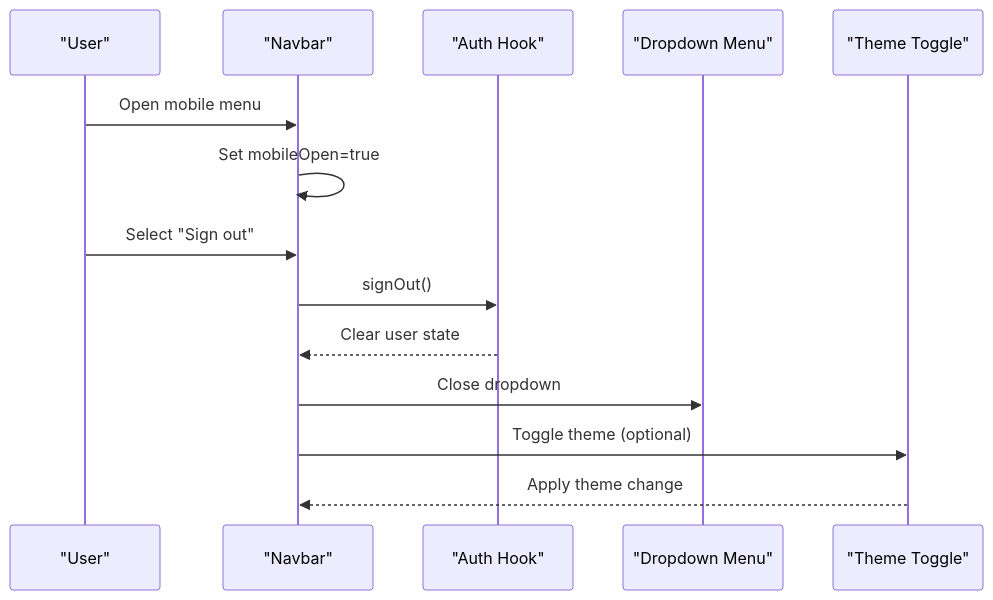
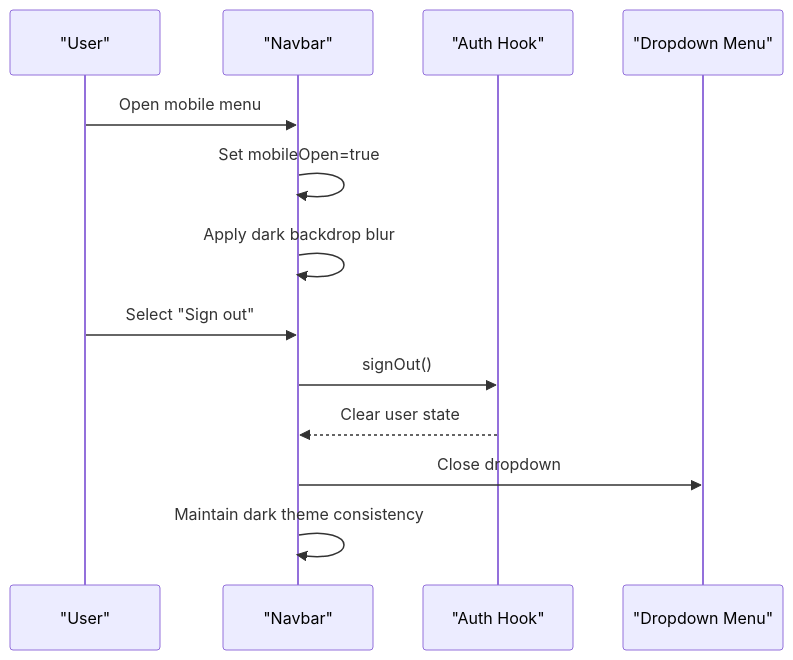
Before and after one commit to alikizang/datafrica: the third of 8 diagrams in .qoder/repowiki/en/content/UI Components/Layout Components.md, drawn with Mermaid. The commit also changed other lines of this file and 15 other files, not shown here.

````diff
--- a/.qoder/repowiki/en/content/UI Components/Layout Components.md
+++ b/.qoder/repowiki/en/content/UI Components/Layout Components.md
@@ -149,16 +173,15 @@
 ```mermaid
 sequenceDiagram
 participant U as "User"
 participant NB as "Navbar"
 participant AU as "Auth Hook"
 participant DD as "Dropdown Menu"
-participant TH as "Theme Toggle"
 U->>NB : Open mobile menu
 NB->>NB : Set mobileOpen=true
+NB->>NB : Apply dark backdrop blur
 U->>NB : Select "Sign out"
 NB->>AU : signOut()
 AU-->>NB : Clear user state
 NB->>DD : Close dropdown
-NB->>TH : Toggle theme (optional)
-TH-->>NB : Apply theme change
+NB->>NB : Maintain dark theme consistency
 ```
````
